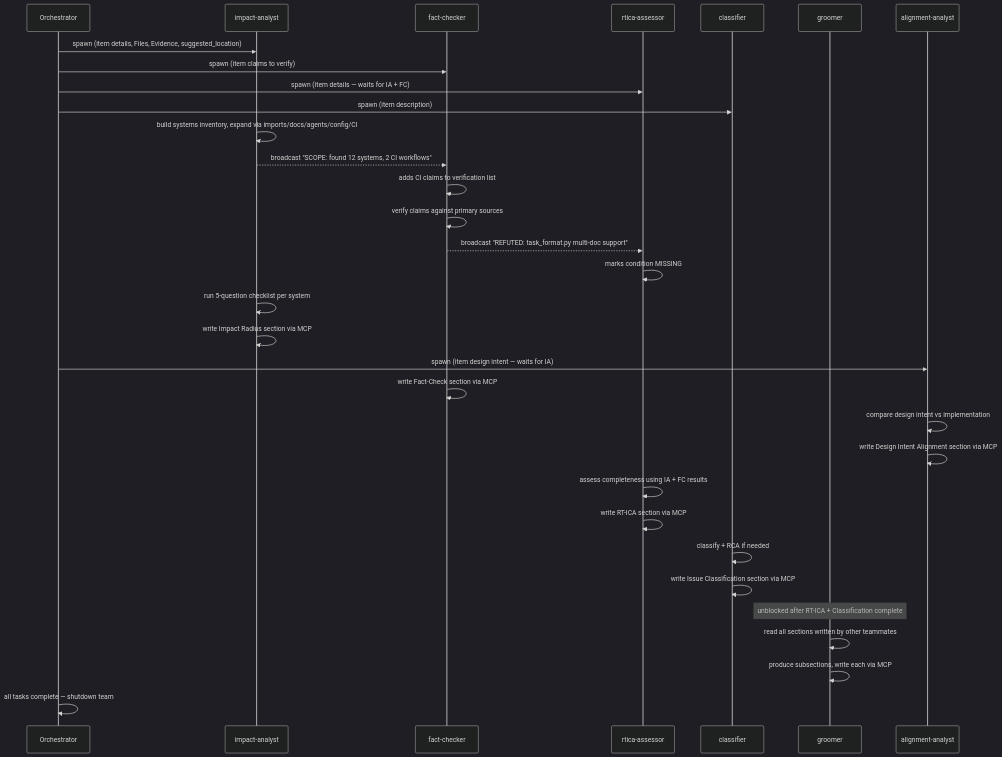
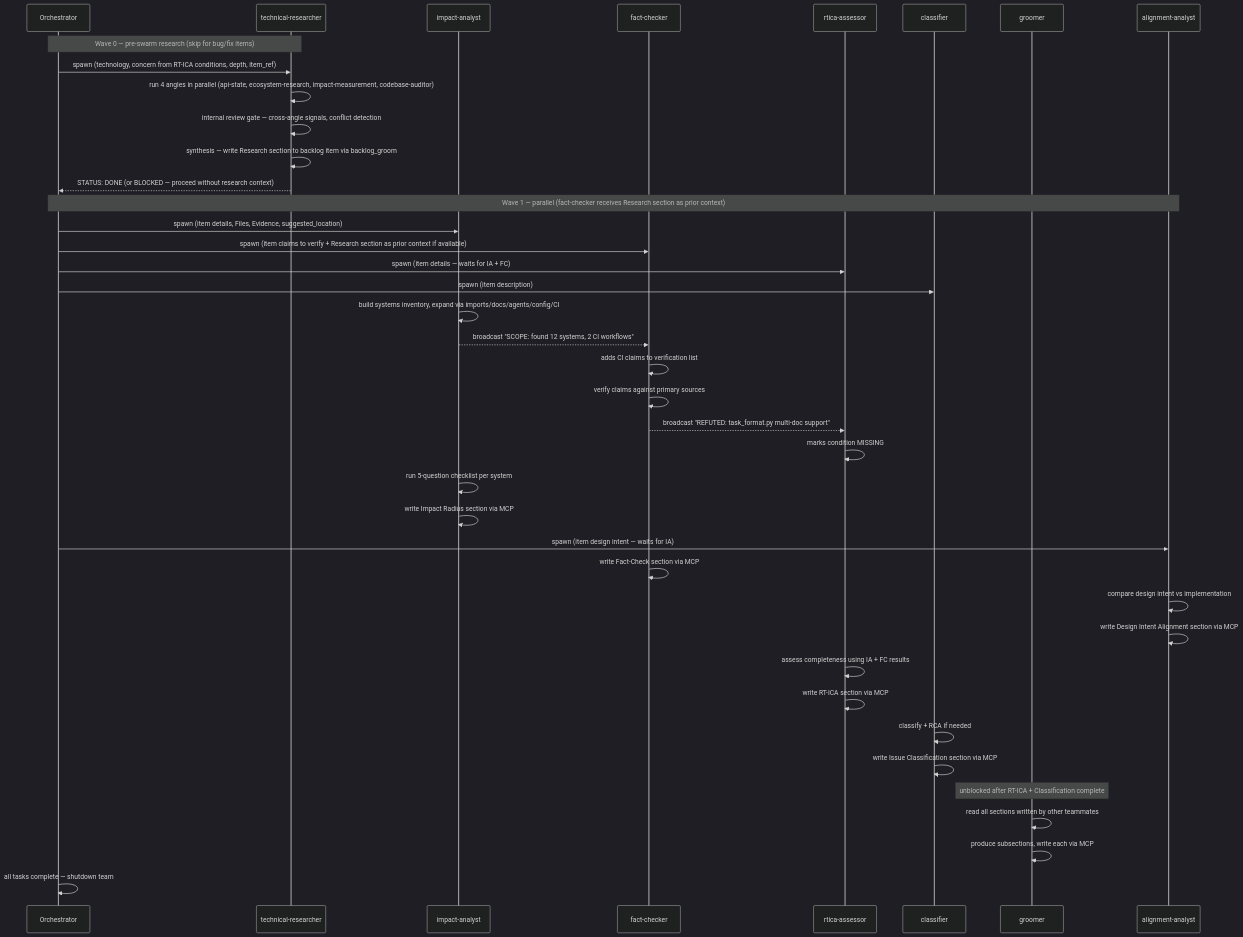
Before and after one commit to chgreer1070/claude_skills: the first of 2 diagrams in plugins/development-harness/skills/work-backlog-item/references/workflows/groom/swarm.md, drawn with Mermaid (dark theme). The commit also changed other lines of this file and 9 other files, not shown here.

First line of the commit message:
feat(development-harness): add multi-angle technical-researcher to groom swarm

````diff
--- a/plugins/development-harness/skills/work-backlog-item/references/workflows/groom/swarm.md
+++ b/plugins/development-harness/skills/work-backlog-item/references/workflows/groom/swarm.md
@@ -52,44 +52,53 @@
 ```mermaid
 sequenceDiagram
     participant O as Orchestrator
+    participant TR as technical-researcher
     participant IA as impact-analyst
     participant FC as fact-checker
     participant RT as rtica-assessor
     participant CL as classifier
     participant GR as groomer
     participant AA as alignment-analyst
 
+    Note over O,TR: Wave 0 — pre-swarm research (skip for bug/fix items)
+    O->>TR: spawn (technology, concern from RT-ICA conditions, depth, item_ref)
+    TR->>TR: run 4 angles in parallel (api-state, ecosystem-research, impact-measurement, codebase-auditor)
+    TR->>TR: internal review gate — cross-angle signals, conflict detection
+    TR->>TR: synthesis — write Research section to backlog item via backlog_groom
+    TR-->>O: STATUS: DONE (or BLOCKED — proceed without research context)
+
+    Note over O,AA: Wave 1 — parallel (fact-checker receives Research section as prior context)
     O->>IA: spawn (item details, Files, Evidence, suggested_location)
-    O->>FC: spawn (item claims to verify)
+    O->>FC: spawn (item claims to verify + Research section as prior context if available)
     O->>RT: spawn (item details — waits for IA + FC)
     O->>CL: spawn (item description)
 
     IA->>IA: build systems inventory, expand via imports/docs/agents/config/CI
     IA-->>FC: broadcast "SCOPE: found 12 systems, 2 CI workflows"
     FC->>FC: adds CI claims to verification list
 
     FC->>FC: verify claims against primary sources
     FC-->>RT: broadcast "REFUTED: task_format.py multi-doc support"
     RT->>RT: marks condition MISSING
 
     IA->>IA: run 5-question checklist per system
     IA->>IA: write Impact Radius section via MCP
     O->>AA: spawn (item design intent — waits for IA)
 
     FC->>FC: write Fact-Check section via MCP
 
     AA->>AA: compare design intent vs implementation
     AA->>AA: write Design Intent Alignment section via MCP
 
     RT->>RT: assess completeness using IA + FC results
     RT->>RT: write RT-ICA section via MCP
 
     CL->>CL: classify + RCA if needed
     CL->>CL: write Issue Classification section via MCP
 
     Note over GR: unblocked after RT-ICA + Classification complete
     GR->>GR: read all sections written by other teammates
     GR->>GR: produce subsections, write each via MCP
 
     O->>O: all tasks complete — shutdown team
 ```
````
